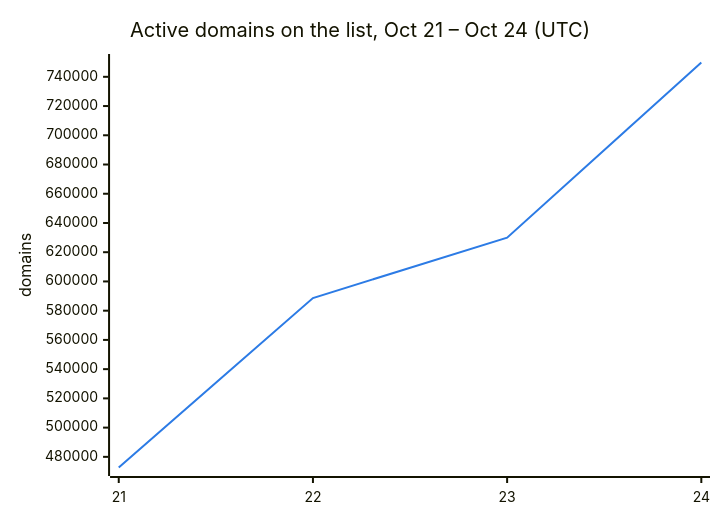
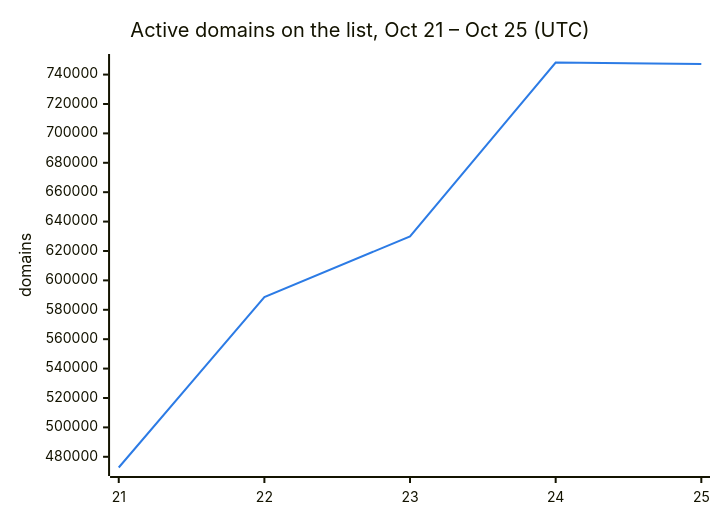
Before and after one commit to DNSBunker/CTI: the second of 3 diagrams in README.md, drawn with Mermaid. The commit also changed other lines of this file and 3 other files, not shown here.

First line of the commit message:
Update 2026-10-25 00:02 UTC: 747132 domains

````diff
--- a/README.md
+++ b/README.md
@@ -38,8 +38,8 @@
 ```mermaid
 %%{init: {"themeVariables": {"xyChart": {"plotColorPalette": "#2c7be5"}}}}%%
 xychart-beta
-    title "Active domains on the list, Oct 21 – Oct 24 (UTC)"
-    x-axis ["21", "22", "23", "24"]
+    title "Active domains on the list, Oct 21 – Oct 25 (UTC)"
+    x-axis ["21", "22", "23", "24", "25"]
     y-axis "domains"
-    line [472713, 588659, 629951, 749789]
+    line [472713, 588659, 629951, 748222, 747132]
 ```
````
